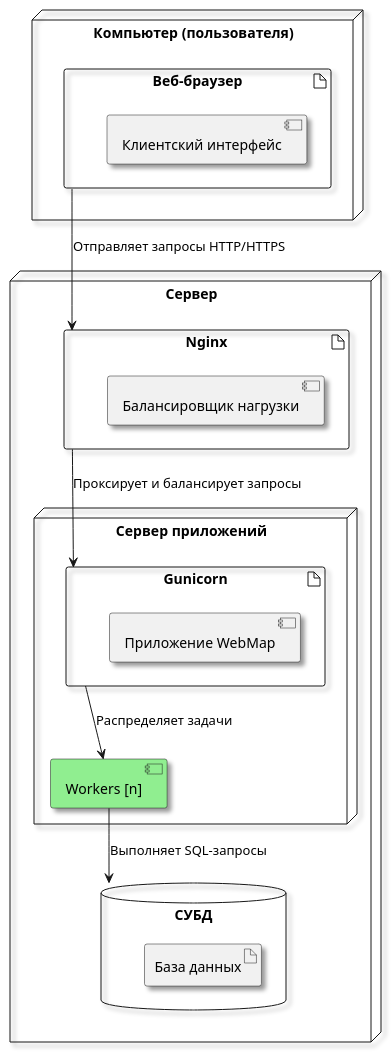
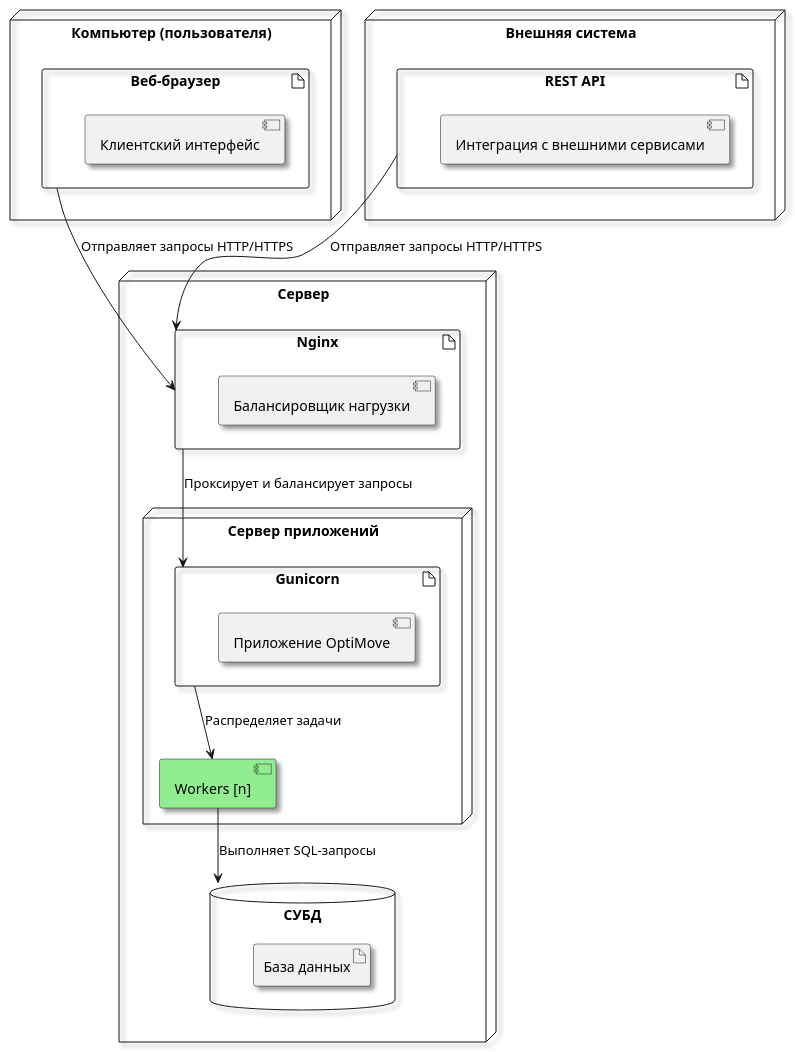
The diagram in info/Диаграммы/ДиаграммаРазвёртывания.puml (superdef454/web_map), drawn with PlantUML before and after one commit.

Commit message:
Обновление диаграммы развертывания: изменение названия приложения на "OptiMove" и добавление узла для внешней системы с интеграцией REST API.

```diff
--- a/info/Диаграммы/ДиаграммаРазвёртывания.puml
+++ b/info/Диаграммы/ДиаграммаРазвёртывания.puml
@@ -1,38 +1,45 @@
 @startuml Диаграмма развертывания OptiMoVe
 
 skinparam monochrome false
 skinparam shadowing true
 skinparam defaultFontName Arial
 skinparam defaultTextAlignment center
 
 ' Определение устройств и узлов
 node "Сервер" as server {
     artifact "Nginx" as nginx {
         component "Балансировщик нагрузки" as loadbalancer
     }
     
     node "Сервер приложений" as appserver {
         artifact "Gunicorn" as gunicorn {
-            component "Приложение WebMap" as django
+            component "Приложение OptiMove" as django
         }
         component "Workers [n]" as workers #lightgreen
     }
     
     database "СУБД" as database {
         artifact "База данных" as db
     }
 }
 
 node "Компьютер (пользователя)" as client {
     artifact "Веб-браузер" as browser {
         component "Клиентский интерфейс" as clientUI
     }
 }
 
+node "Внешняя система" as ext_system {
+    artifact "REST API" as ext_process {
+        component "Интеграция с внешними сервисами" as integration
+    }
+}
+
 ' Определение связей между компонентами
 browser -down-> nginx : "Отправляет запросы HTTP/HTTPS"
+ext_process -down-> nginx : "Отправляет запросы HTTP/HTTPS"
 nginx -down-> gunicorn : "Проксирует и балансирует запросы"
 gunicorn --> workers : "Распределяет задачи"
 workers -down-> database : "Выполняет SQL-запросы"
 
 @enduml
```
